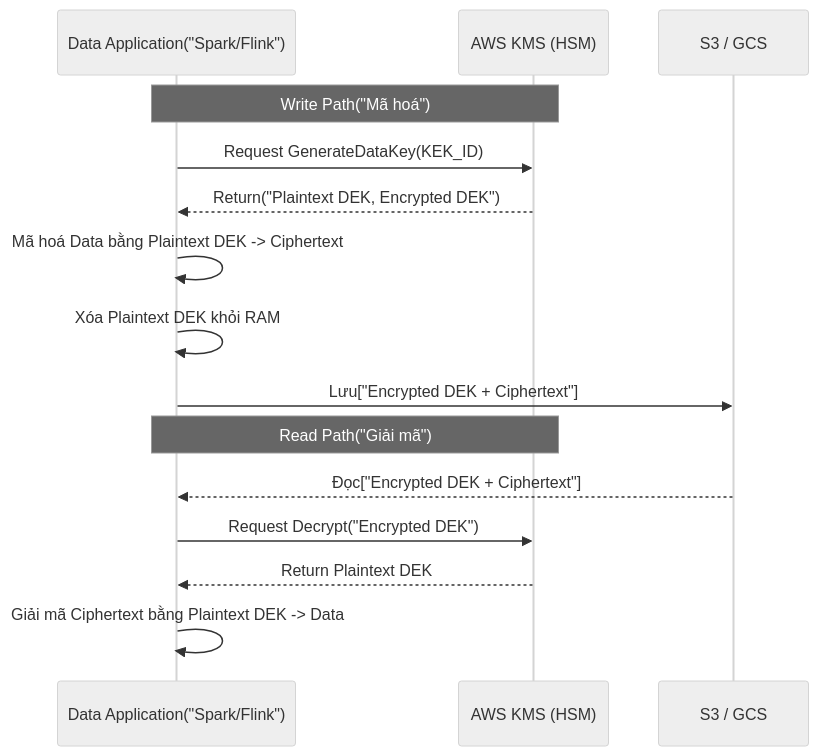
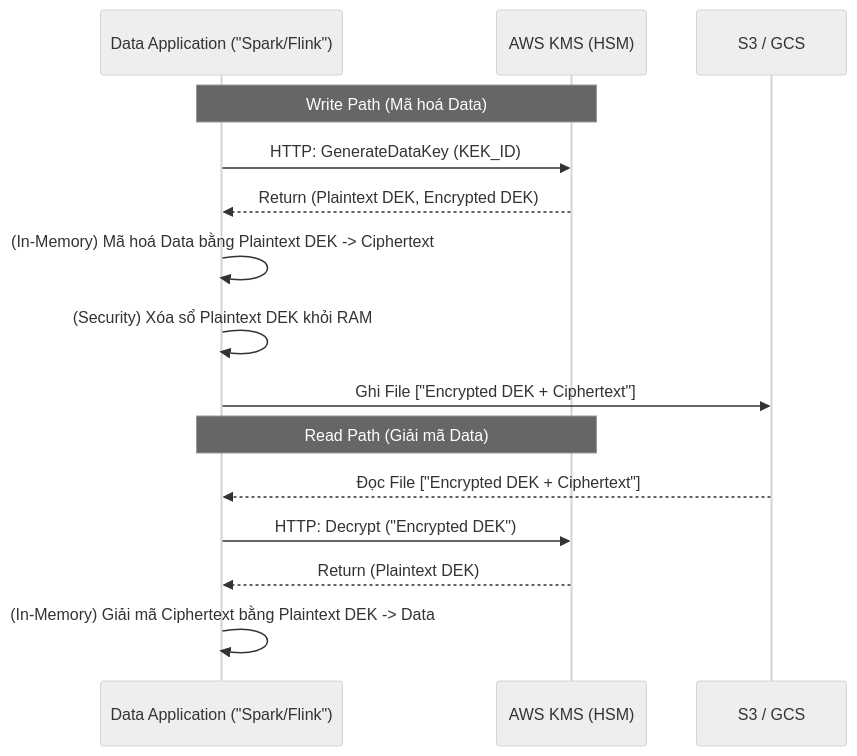
The first of 2 diagrams in src/content/docs/concepts/8-security-governance-finops/data-masking-encryption.md (kythuatdulieu/kythuatdulieu.github.io), drawn with Mermaid (neutral theme) before and after one commit. The commit also changed other lines of this file and 213 other files, not shown here.

Commit message:
Fix syntax and rewrite 200+ concepts docs to deep-dive system architecture and add GA4 tracking to quiz app

````diff
--- a/src/content/docs/concepts/8-security-governance-finops/data-masking-encryption.md
+++ b/src/content/docs/concepts/8-security-governance-finops/data-masking-encryption.md
@@ -27,19 +32,19 @@
 ```mermaid
 sequenceDiagram
-    participant App as Data Application("Spark/Flink")
+    participant App as Data Application ("Spark/Flink")
     participant KMS as AWS KMS (HSM)
     participant Storage as S3 / GCS
     
-    Note over App, KMS: Write Path("Mã hoá")
-    App->>KMS: Request GenerateDataKey(KEK_ID)
-    KMS-->>App: Return("Plaintext DEK, Encrypted DEK")
-    App->>App: Mã hoá Data bằng Plaintext DEK -> Ciphertext
-    App->>App: Xóa Plaintext DEK khỏi RAM
-    App->>Storage: Lưu["Encrypted DEK + Ciphertext"]
+    Note over App, KMS: Write Path (Mã hoá Data)
+    App->>KMS: HTTP: GenerateDataKey (KEK_ID)
+    KMS-->>App: Return (Plaintext DEK, Encrypted DEK)
+    App->>App: (In-Memory) Mã hoá Data bằng Plaintext DEK -> Ciphertext
+    App->>App: (Security) Xóa sổ Plaintext DEK khỏi RAM
+    App->>Storage: Ghi File ["Encrypted DEK + Ciphertext"]
     
-    Note over App, KMS: Read Path("Giải mã")
-    Storage-->>App: Đọc["Encrypted DEK + Ciphertext"]
-    App->>KMS: Request Decrypt("Encrypted DEK")
-    KMS-->>App: Return Plaintext DEK
-    App->>App: Giải mã Ciphertext bằng Plaintext DEK -> Data
+    Note over App, KMS: Read Path (Giải mã Data)
+    Storage-->>App: Đọc File ["Encrypted DEK + Ciphertext"]
+    App->>KMS: HTTP: Decrypt ("Encrypted DEK")
+    KMS-->>App: Return (Plaintext DEK)
+    App->>App: (In-Memory) Giải mã Ciphertext bằng Plaintext DEK -> Data
 ```
````
